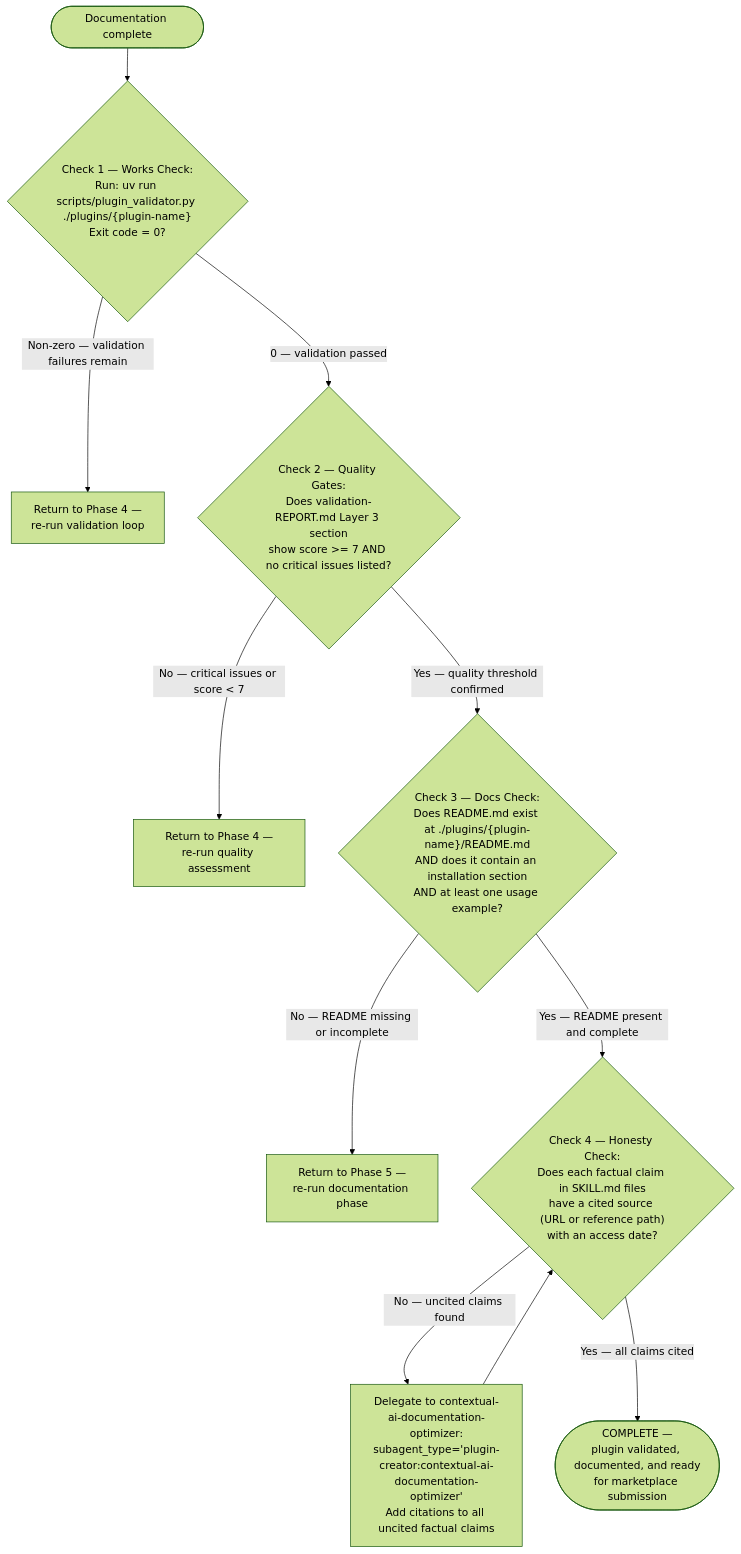
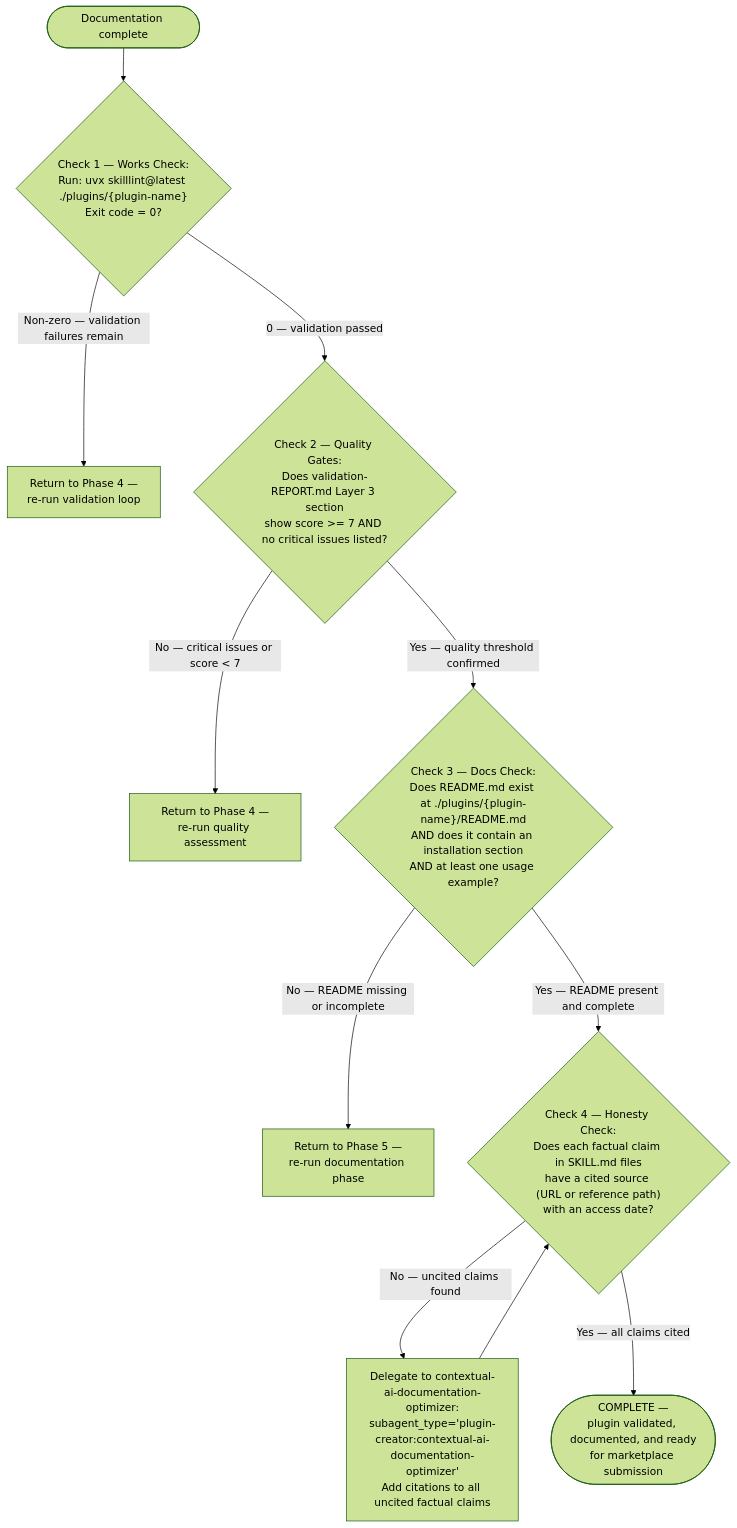
One commit to chgreer1070/claude_skills changed the ninth of 11 diagrams in plugins/plugin-creator/skills/plugin-creator/references/workflow-diagram.md. Above: the diagram before and after it, drawn with Mermaid (forest theme). The commit also changed other lines of this file and 48 other files, not shown here.

First line of the commit message:
refactor(migration): replace plugin_validator.py with uvx skilllint@latest

````diff
--- a/plugins/plugin-creator/skills/plugin-creator/references/workflow-diagram.md
+++ b/plugins/plugin-creator/skills/plugin-creator/references/workflow-diagram.md
@@ -209,21 +209,21 @@
 ```mermaid
 flowchart TD
-    Start(["Documentation complete"]) --> Check1{"Check 1 — Works Check:<br>Run: uv run scripts/plugin_validator.py ./plugins/{plugin-name}<br>Exit code = 0?"}
+    Start(["Documentation complete"]) --> Check1{"Check 1 — Works Check:<br>Run: uvx skilllint@latest ./plugins/{plugin-name}<br>Exit code = 0?"}
 
     Check1 -->|"Non-zero — validation failures remain"| Fix1["Return to Phase 4 —<br>re-run validation loop"]
 
     Check1 -->|"0 — validation passed"| Check2{"Check 2 — Quality Gates:<br>Does validation-REPORT.md Layer 3 section<br>show score >= 7 AND no critical issues listed?"}
 
     Check2 -->|"No — critical issues or score < 7"| Fix2["Return to Phase 4 —<br>re-run quality assessment"]
 
     Check2 -->|"Yes — quality threshold confirmed"| Check3{"Check 3 — Docs Check:<br>Does README.md exist at ./plugins/{plugin-name}/README.md<br>AND does it contain an installation section<br>AND at least one usage example?"}
 
     Check3 -->|"No — README missing or incomplete"| Fix3["Return to Phase 5 —<br>re-run documentation phase"]
 
     Check3 -->|"Yes — README present and complete"| Check4{"Check 4 — Honesty Check:<br>Does each factual claim in SKILL.md files<br>have a cited source (URL or reference path)<br>with an access date?"}
 
     Check4 -->|"No — uncited claims found"| Fix4["Delegate to contextual-ai-documentation-optimizer:<br>subagent_type='plugin-creator:contextual-ai-documentation-optimizer'<br>Add citations to all uncited factual claims"]
     Fix4 --> Check4
 
     Check4 -->|"Yes — all claims cited"| Complete(["COMPLETE —<br>plugin validated, documented, and ready<br>for marketplace submission"])
 ```
````
